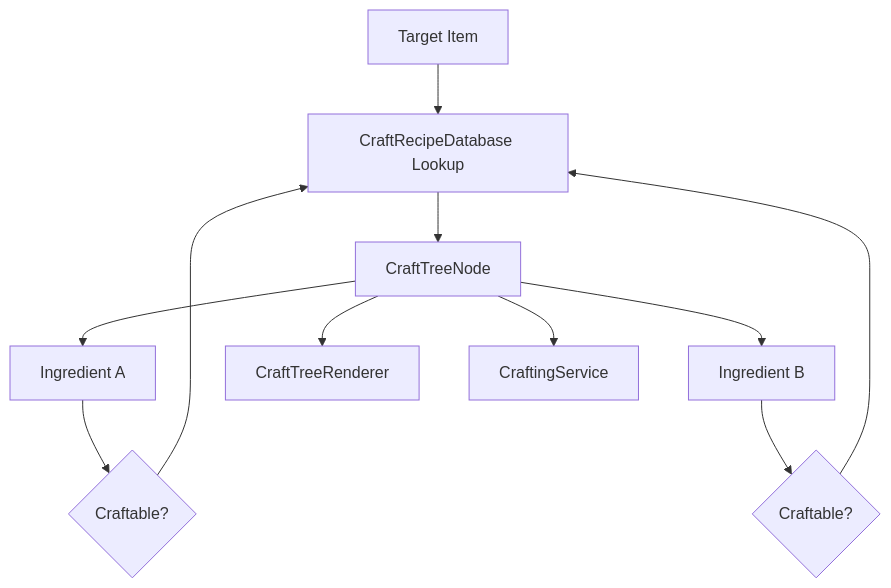
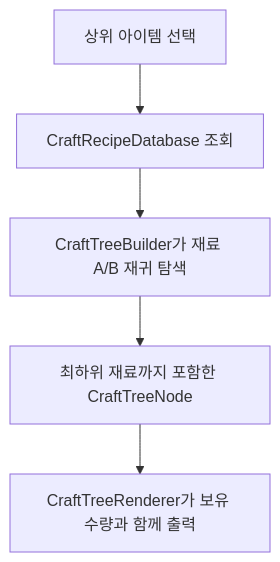
One commit to SJ97p/EscapeFromEternalReturn-CodeMap changed the diagram in docs/systems/recursive-crafting-tree.md. Above: the diagram before and after it, drawn with Mermaid. The commit also changed other lines of this file and 4 other files, not shown here.

````diff
--- a/docs/systems/recursive-crafting-tree.md
+++ b/docs/systems/recursive-crafting-tree.md
@@ -13,13 +13,7 @@
 ```mermaid
 flowchart TD
-    Target[Target Item] --> Search[CraftRecipeDatabase Lookup]
-    Search --> Node[CraftTreeNode]
-    Node --> IngredientA[Ingredient A]
-    Node --> IngredientB[Ingredient B]
-    IngredientA --> RecursiveA{Craftable?}
-    IngredientB --> RecursiveB{Craftable?}
-    RecursiveA --> Search
-    RecursiveB --> Search
-    Node --> Renderer[CraftTreeRenderer]
-    Node --> Service[CraftingService]
+    Select[상위 아이템 선택] --> Lookup[CraftRecipeDatabase 조회]
+    Lookup --> Build[CraftTreeBuilder가 재료 A/B 재귀 탐색]
+    Build --> Tree[최하위 재료까지 포함한 CraftTreeNode]
+    Tree --> Render[CraftTreeRenderer가 보유 수량과 함께 출력]
 ```
````
